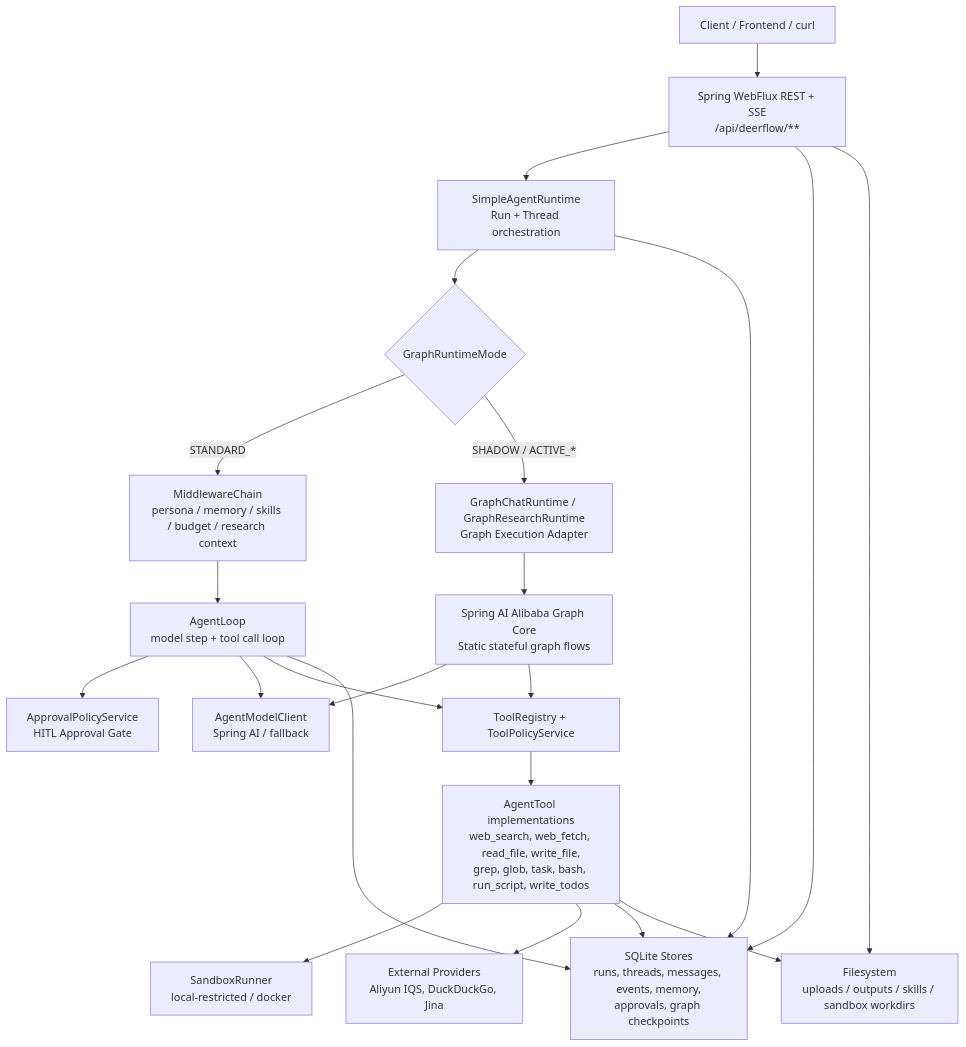
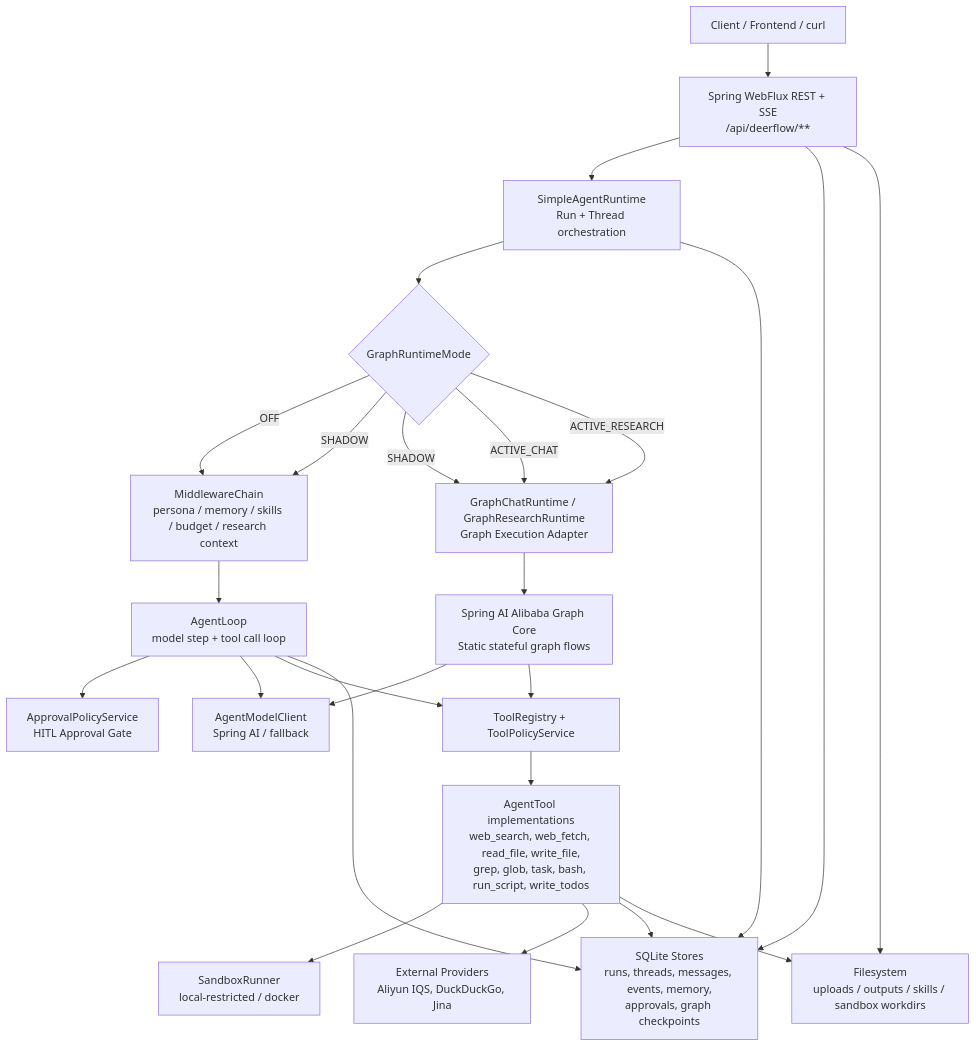
The diagram in deerflow/README.md (AarenWang/haifa-ai-deerflow), drawn with Mermaid before and after one commit. The commit also changed other lines of this file and 27 other files, not shown here.

Commit message:
Improve DeerFlow graph runtime resume handling

````diff
--- a/deerflow/README.md
+++ b/deerflow/README.md
@@ -29,41 +29,44 @@
 ```mermaid
 flowchart TB
     Client["Client / Frontend / curl"]
     API["Spring WebFlux REST + SSE<br/>/api/deerflow/**"]
     Runtime["SimpleAgentRuntime<br/>Run + Thread orchestration"]
     RuntimeRoute{"GraphRuntimeMode"}
     Chain["MiddlewareChain<br/>persona / memory / skills / budget / research context"]
     Loop["AgentLoop<br/>model step + tool call loop"]
     ApprovalGate["ApprovalPolicyService<br/>HITL Approval Gate"]
     GraphRuntime["GraphChatRuntime / GraphResearchRuntime<br/>Graph Execution Adapter"]
     AlibabaGraph["Spring AI Alibaba Graph Core<br/>Static stateful graph flows"]
     Model["AgentModelClient<br/>Spring AI / fallback"]
     Registry["ToolRegistry + ToolPolicyService"]
     Tools["AgentTool implementations<br/>web_search, web_fetch, read_file, write_file,<br/>grep, glob, task, bash, run_script, write_todos"]
     Sandbox["SandboxRunner<br/>local-restricted / docker"]
     Providers["External Providers<br/>Aliyun IQS, DuckDuckGo, Jina"]
     Stores["SQLite Stores<br/>runs, threads, messages, events, memory,<br/>approvals, graph checkpoints"]
     Artifacts["Filesystem<br/>uploads / outputs / skills / sandbox workdirs"]
 
     Client --> API
     API --> Runtime
     Runtime --> RuntimeRoute
-    RuntimeRoute -->|STANDARD| Chain
-    RuntimeRoute -->|SHADOW / ACTIVE_*| GraphRuntime
+    RuntimeRoute -->|OFF| Chain
+    RuntimeRoute -->|SHADOW| Chain
+    RuntimeRoute -->|SHADOW| GraphRuntime
+    RuntimeRoute -->|ACTIVE_CHAT| GraphRuntime
+    RuntimeRoute -->|ACTIVE_RESEARCH| GraphRuntime
     GraphRuntime --> AlibabaGraph
     AlibabaGraph --> Model
     AlibabaGraph --> Registry
     Chain --> Loop
     Loop --> ApprovalGate
     Loop --> Model
     Loop --> Registry
     Registry --> Tools
     Tools --> Sandbox
     Tools --> Providers
     Runtime --> Stores
     Loop --> Stores
     Tools --> Stores
     Tools --> Artifacts
     API --> Stores
     API --> Artifacts
 ```
````
